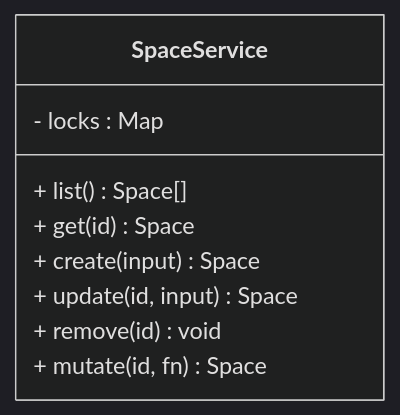
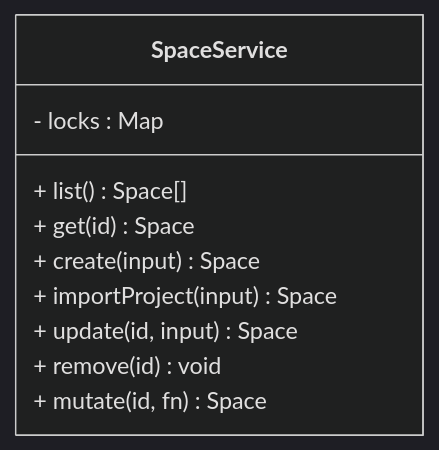
Before and after one commit to hozeeee/script-box: the third of 11 diagrams in .qoder/repowiki/zh/content/核心服务层/Space 服务（项目空间管理）.md, drawn with Mermaid (dark theme). The commit also changed other lines of this file and 76 other files, not shown here.

````diff
--- a/.qoder/repowiki/zh/content/核心服务层/Space 服务（项目空间管理）.md
+++ b/.qoder/repowiki/zh/content/核心服务层/Space 服务（项目空间管理）.md
@@ -141,12 +159,13 @@
 ```mermaid
 classDiagram
 class SpaceService {
 - locks : Map<string, Promise>
 + list() Space[]
 + get(id) Space
 + create(input) Space
++ importProject(input) Space
 + update(id, input) Space
 + remove(id) void
 + mutate(id, fn) Space
 }
 ```
````
